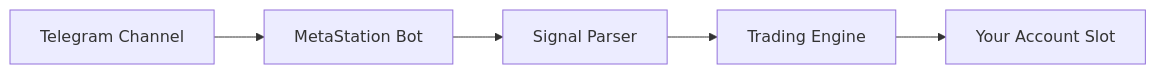
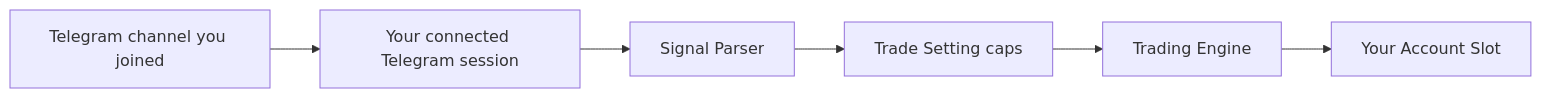
Before and after one commit to MetaStation-fi/MetaStation-Docs-and-Blogs: the diagram in docs/automation/telegram-to-trade.md, drawn with Mermaid. The commit also changed other lines of this file and 26 other files, not shown here.

````diff
--- a/docs/automation/telegram-to-trade.md
+++ b/docs/automation/telegram-to-trade.md
@@ -15,7 +16,8 @@
 ```mermaid
 graph LR
-  A[Telegram Channel] --> B[MetaStation Bot]
+  A[Telegram channel you joined] --> B[Your connected Telegram session]
   B --> C[Signal Parser]
-  C --> D[Trading Engine]
+  C --> R[Trade Setting caps]
+  R --> D[Trading Engine]
   D --> E[Your Account Slot]
 ```
````
